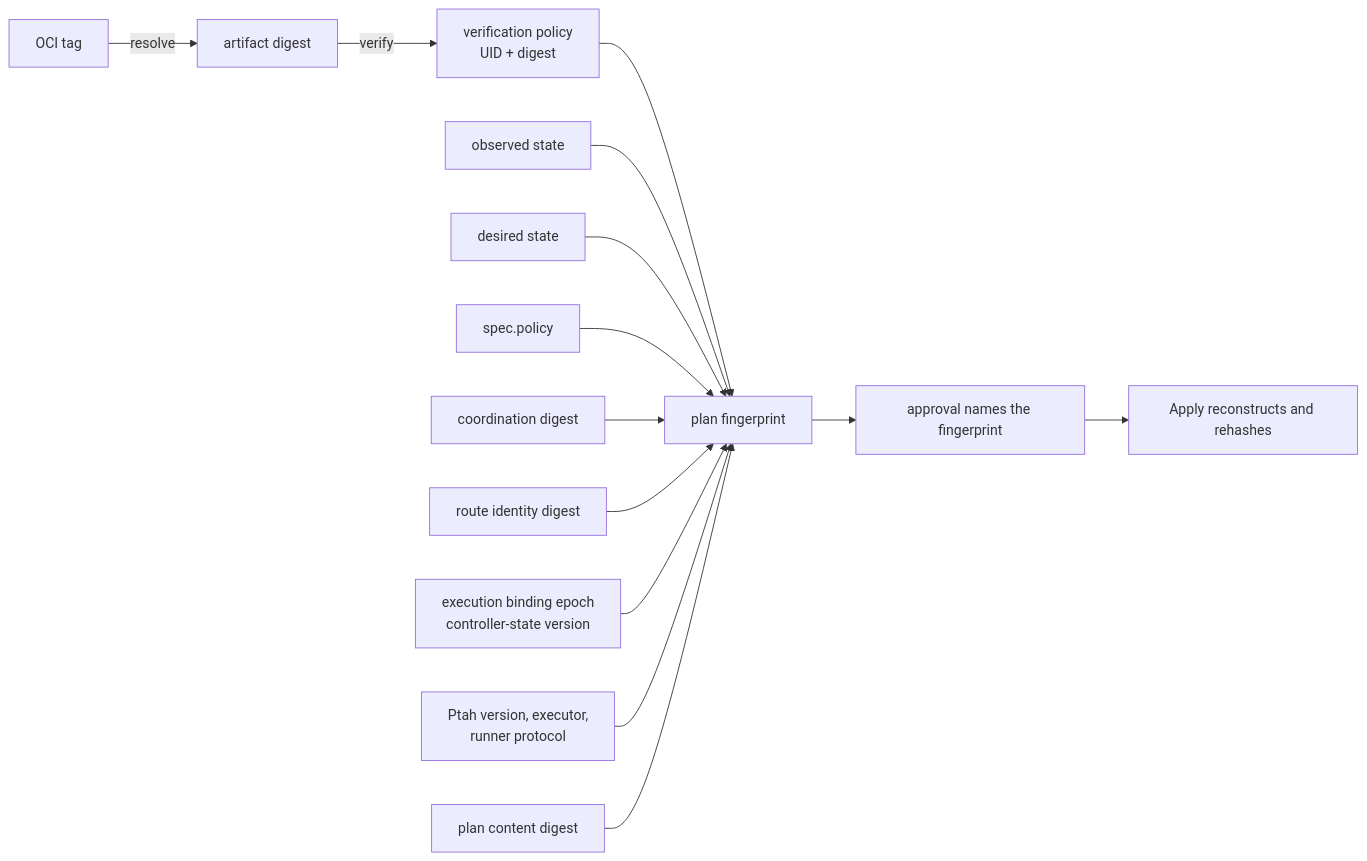
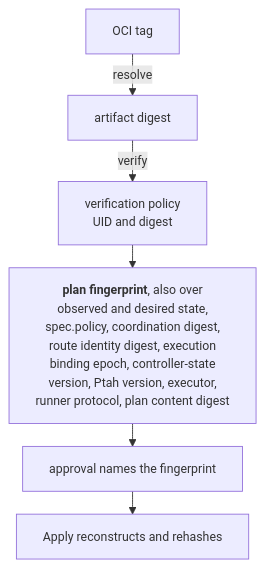
The diagram in docs/site/src/content/docs/reference/plans-and-approvals.md (stokaro/ptah-operator), drawn with Mermaid before and after one commit. The commit also changed 5 other files, not shown here.

First line of the commit message:
Draw the remaining diagrams at a size a phone can read (#1203)

````diff
--- a/docs/site/src/content/docs/reference/plans-and-approvals.md
+++ b/docs/site/src/content/docs/reference/plans-and-approvals.md
@@ -17,16 +17,20 @@
 ```mermaid
-flowchart LR
+---
+config:
+  look: classic
+  themeVariables:
+    fontSize: 14px
+  flowchart:
+    wrappingWidth: 340
+    nodeSpacing: 16
+    rankSpacing: 26
+---
+flowchart TD
+  accTitle: What a plan fingerprint binds
+  accDescr: An OCI tag resolves to a digest, which a verification policy verifies. The plan fingerprint covers that policy and the inputs its box lists. An approval names the fingerprint, and Apply reconstructs and rehashes it.
   tag["OCI tag"] -->|resolve| digest["artifact digest"]
-  digest -->|verify| policy["verification policy<br/>UID + digest"]
-  policy --> plan["plan fingerprint"]
-  observed["observed state"] --> plan
-  desired["desired state"] --> plan
-  reconcile["spec.policy"] --> plan
-  realm["coordination digest"] --> plan
-  route["route identity digest"] --> plan
-  epoch["execution binding epoch<br/>controller-state version"] --> plan
-  ptah["Ptah version, executor,<br/>runner protocol"] --> plan
-  bytes["plan content digest"] --> plan
+  digest -->|verify| policy["verification policy<br/>UID and digest"]
+  policy --> plan["<b>plan fingerprint</b>, also over<br/>observed and desired state,<br/>spec.policy, coordination digest,<br/>route identity digest, execution<br/>binding epoch, controller-state<br/>version, Ptah version, executor,<br/>runner protocol, plan content digest"]
   plan --> approval["approval names the fingerprint"]
   approval --> apply["Apply reconstructs and rehashes"]
 ```
````
